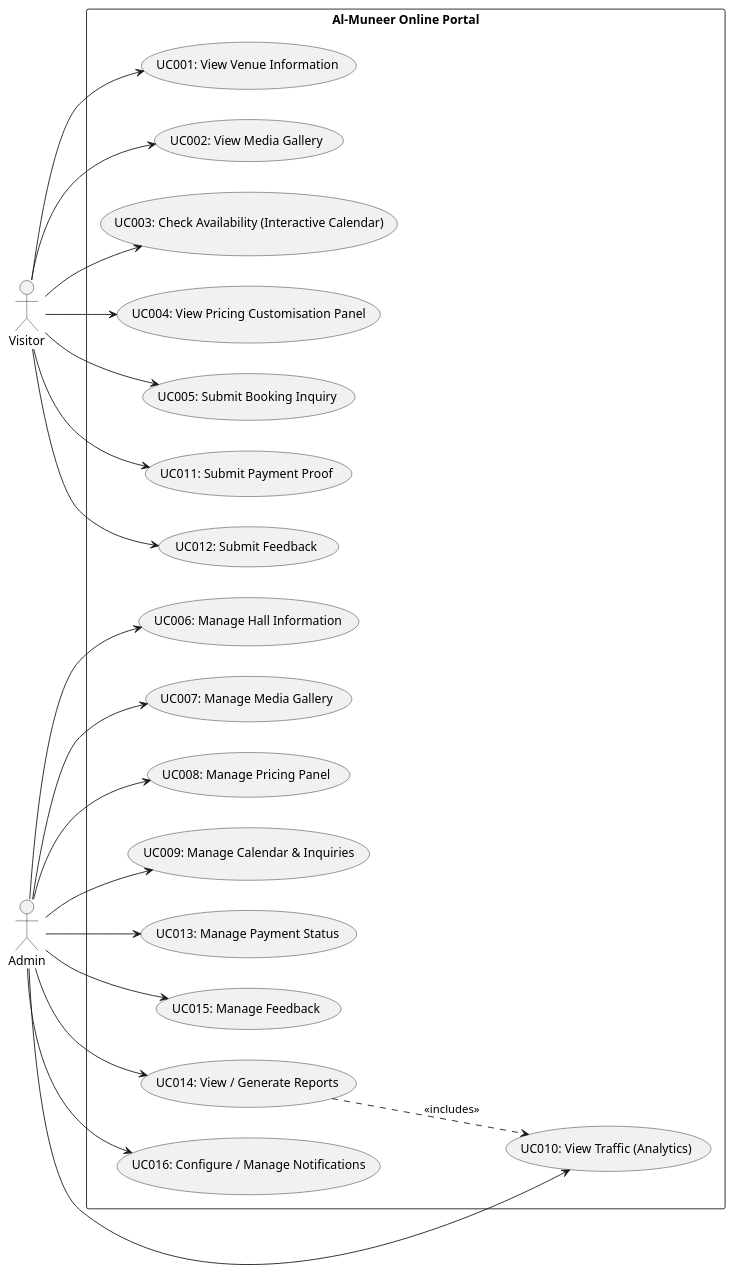
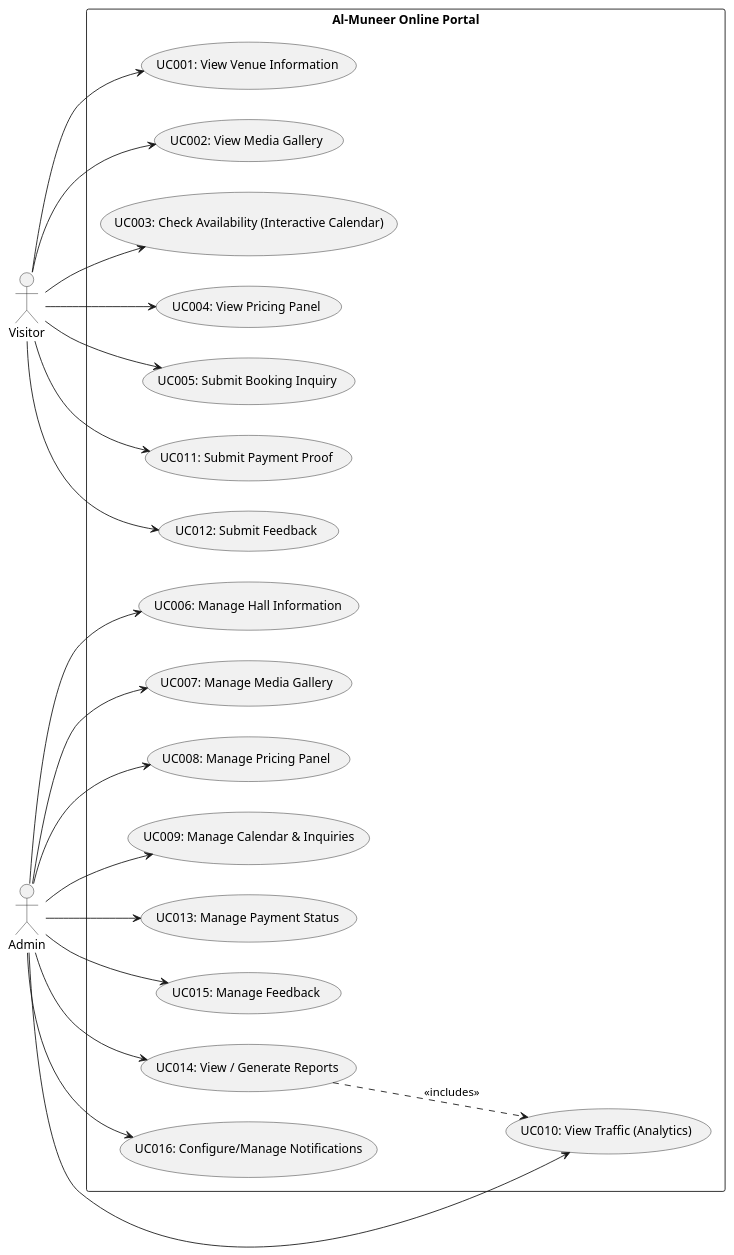
One commit to 7azmi/Al-Muneer-Portal changed the first of 10 diagrams in Academic fluff (temp)/appendix: SDD.md. Above: the diagram before and after it, drawn with PlantUML. The commit also changed other lines of this file, not shown here.

````diff
--- a/Academic fluff (temp)/appendix: SDD.md
+++ b/Academic fluff (temp)/appendix: SDD.md
@@ -387,48 +408,48 @@
 ```plantuml
 @startuml
 left to right direction
 actor Visitor
 actor Admin
 
 rectangle "Al-Muneer Online Portal" {
   usecase "UC001: View Venue Information" as UC1
   usecase "UC002: View Media Gallery" as UC2
   usecase "UC003: Check Availability (Interactive Calendar)" as UC3
-  usecase "UC004: View Pricing Customisation Panel" as UC4
+  usecase "UC004: View Pricing Panel" as UC4
   usecase "UC005: Submit Booking Inquiry" as UC5
   usecase "UC011: Submit Payment Proof" as UC11
   usecase "UC012: Submit Feedback" as UC12
 
   usecase "UC006: Manage Hall Information" as UC6
   usecase "UC007: Manage Media Gallery" as UC7
   usecase "UC008: Manage Pricing Panel" as UC8
   usecase "UC009: Manage Calendar & Inquiries" as UC9
   usecase "UC013: Manage Payment Status" as UC13
   usecase "UC015: Manage Feedback" as UC15
   usecase "UC010: View Traffic (Analytics)" as UC10
   usecase "UC014: View / Generate Reports" as UC14
-  usecase "UC016: Configure / Manage Notifications" as UC16
+  usecase "UC016: Configure/Manage Notifications" as UC16
 }
 
 Visitor --> UC1
 Visitor --> UC2
 Visitor --> UC3
 Visitor --> UC4
 Visitor --> UC5
 Visitor --> UC11
 Visitor --> UC12
 
 Admin --> UC6
 Admin --> UC7
 Admin --> UC8
 Admin --> UC9
 Admin --> UC13
 Admin --> UC15
 Admin --> UC10
 Admin --> UC16
 Admin --> UC14
 
 UC14 ..> UC10 : <<includes>>
 
 @enduml
 ```
````
